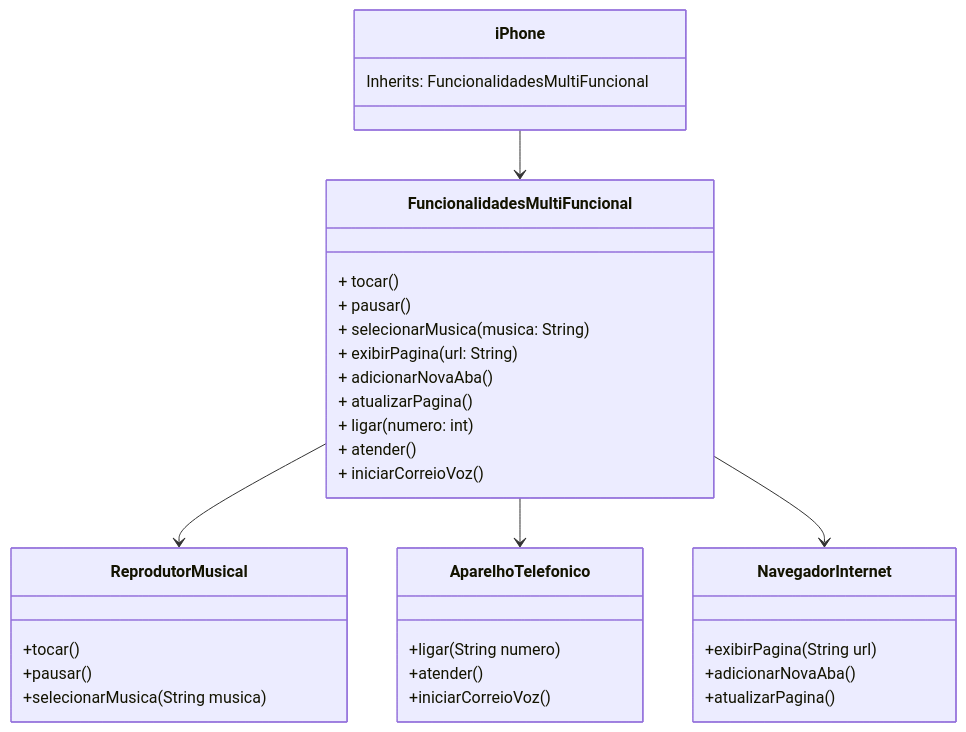
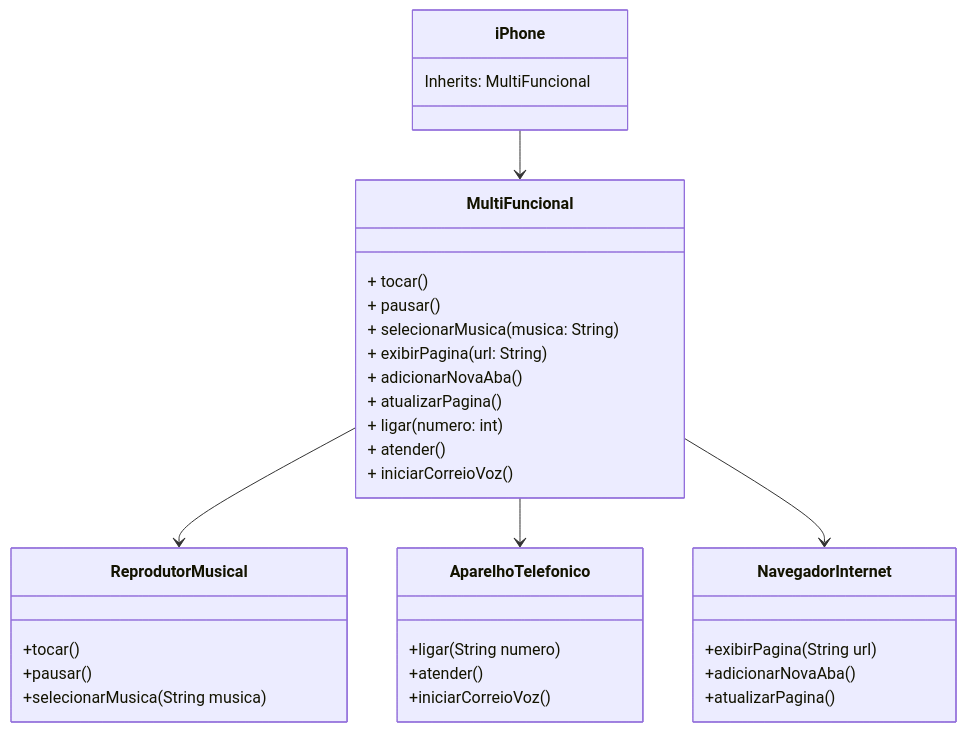
One commit to AdrianoCarvalho1/dio-trilha-java-basico-desafios changed the diagram in DesafioDiagramacaoDeClassesDoIphone/README.md. Above: the diagram before and after it, drawn with Mermaid.

````diff
--- a/DesafioDiagramacaoDeClassesDoIphone/README.md
+++ b/DesafioDiagramacaoDeClassesDoIphone/README.md
@@ -8,41 +8,41 @@
 ```mermaid
 classDiagram
     class ReprodutorMusical {
         +tocar()
         +pausar()
         +selecionarMusica(String musica)
     }
 
     class AparelhoTelefonico {
         +ligar(String numero)
         +atender()
         +iniciarCorreioVoz()
     }
 
     class NavegadorInternet {
         +exibirPagina(String url)
         +adicionarNovaAba()
         +atualizarPagina()
     }
 
-    class FuncionalidadesMultiFuncional {
+    class MultiFuncional {
         + tocar()
         + pausar()
         + selecionarMusica(musica: String)
         + exibirPagina(url: String)   
         + adicionarNovaAba()   
         + atualizarPagina()    
         + ligar(numero: int)    
         + atender()      
         + iniciarCorreioVoz()
     }
 
     class iPhone {
-        Inherits: FuncionalidadesMultiFuncional
+        Inherits: MultiFuncional
     }
 
-    iPhone --> FuncionalidadesMultiFuncional
-    FuncionalidadesMultiFuncional --> ReprodutorMusical
-    FuncionalidadesMultiFuncional --> AparelhoTelefonico
-    FuncionalidadesMultiFuncional --> NavegadorInternet
+    iPhone --> MultiFuncional
+    MultiFuncional --> ReprodutorMusical
+    MultiFuncional --> AparelhoTelefonico
+    MultiFuncional --> NavegadorInternet
 ```
````
